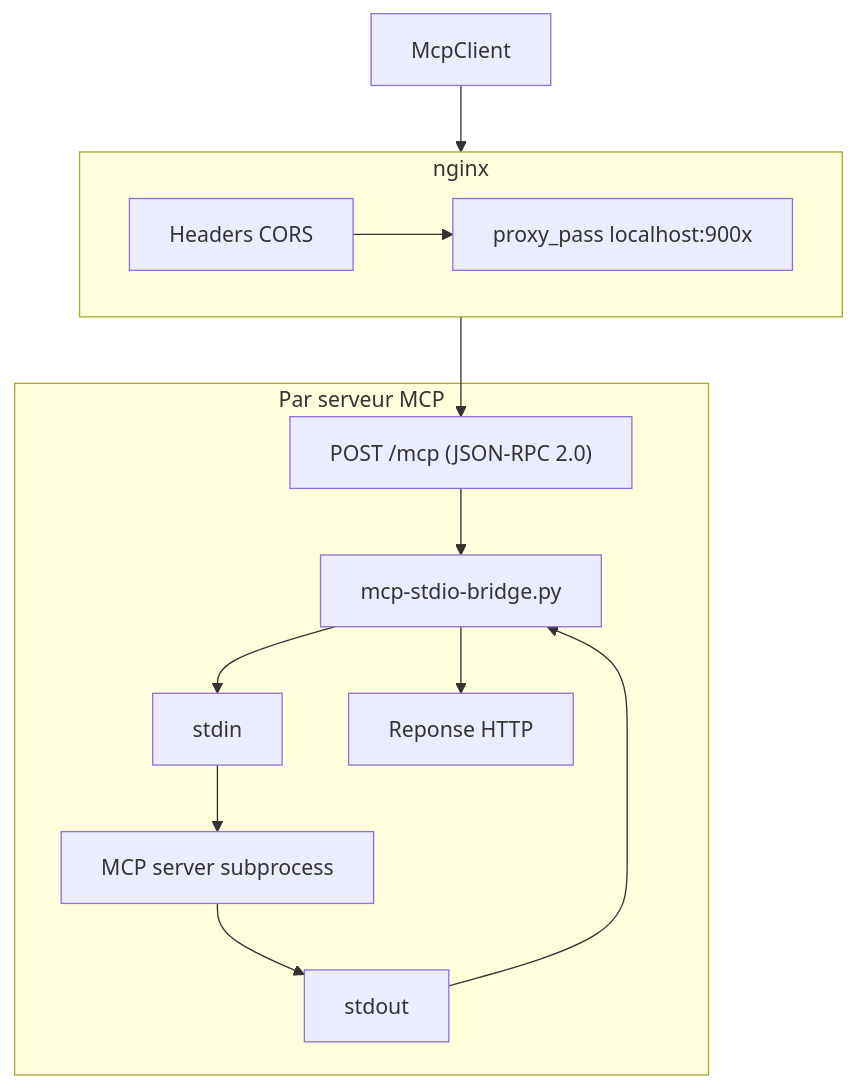
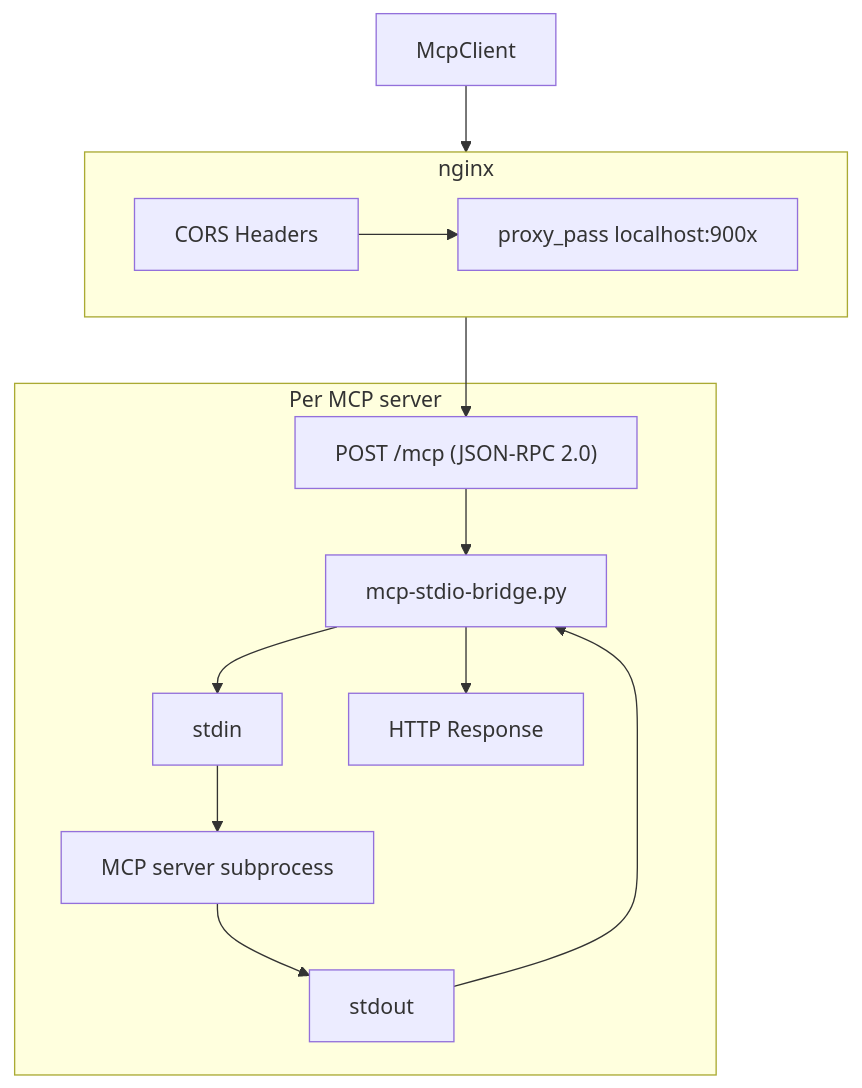
The second of 3 diagrams in docs/starlight/src/content/docs/tutorials/setup-mcp-proxies.mdx (jeanbaptiste/webmcp-auto-ui), drawn with Mermaid before and after one commit. The commit also changed other lines of this file and 94 other files, not shown here.

````diff
--- a/docs/starlight/src/content/docs/tutorials/setup-mcp-proxies.mdx
+++ b/docs/starlight/src/content/docs/tutorials/setup-mcp-proxies.mdx
@@ -42,18 +42,18 @@
 ```mermaid
 graph TB
-    subgraph "Par serveur MCP"
+    subgraph "Per MCP server"
         HTTP["POST /mcp (JSON-RPC 2.0)"] --> Bridge["mcp-stdio-bridge.py"]
         Bridge --> Stdin["stdin"]
         Stdin --> Process["MCP server subprocess"]
         Process --> Stdout["stdout"]
         Stdout --> Bridge
-        Bridge --> Response["Reponse HTTP"]
+        Bridge --> Response["HTTP Response"]
     end
 
     subgraph nginx
-        CORS["Headers CORS"] --> Proxy["proxy_pass localhost:900x"]
+        CORS["CORS Headers"] --> Proxy["proxy_pass localhost:900x"]
     end
 
     Client[McpClient] --> nginx
     nginx --> HTTP
 ```
````
